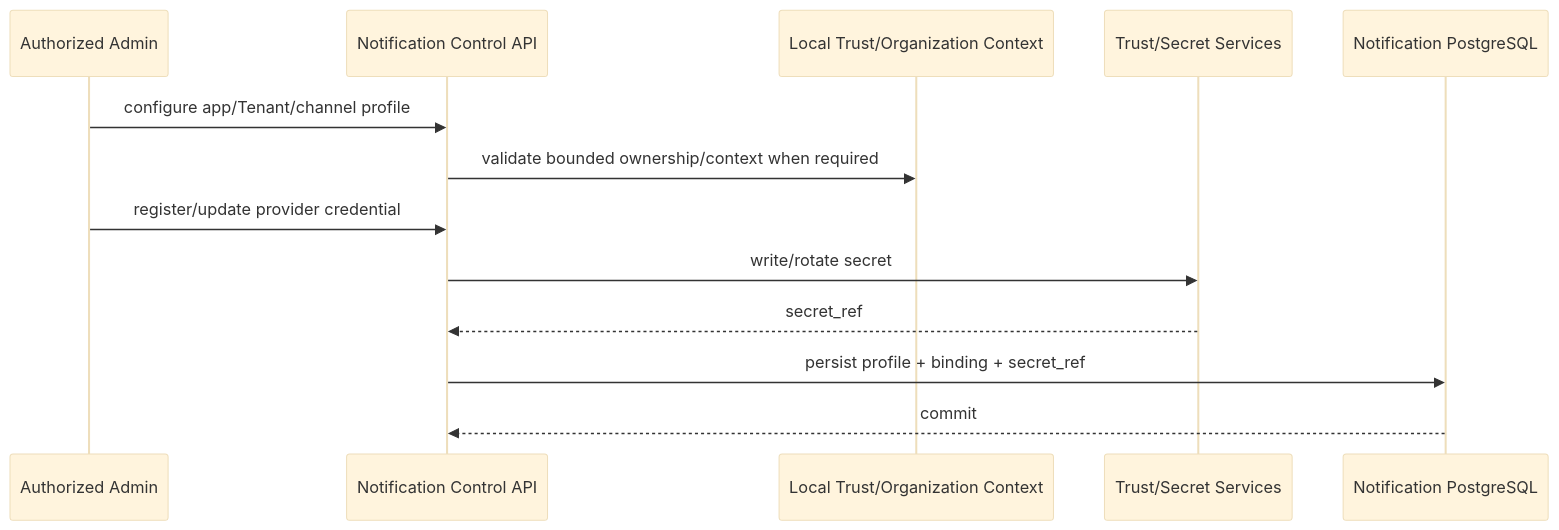
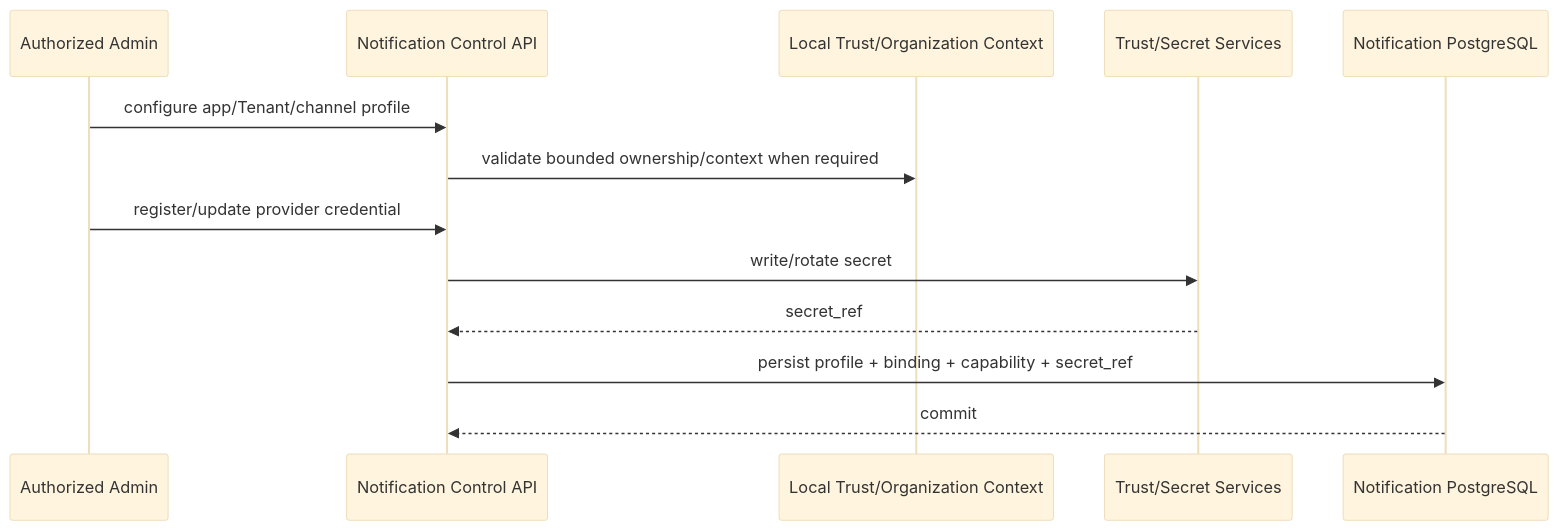
The sixth of 9 diagrams in 04-system/scnehaux-notification-platform/scnehaux-notification-platform.sad.md (anshacerbia2/scnehaux-architecture), drawn with Mermaid (base theme) before and after one commit. The commit also changed other lines of this file, not shown here.

````diff
--- a/04-system/scnehaux-notification-platform/scnehaux-notification-platform.sad.md
+++ b/04-system/scnehaux-notification-platform/scnehaux-notification-platform.sad.md
@@ -384,16 +391,16 @@
 ```mermaid
 sequenceDiagram
     participant U as Authorized Admin
     participant N as Notification Control API
     participant C as Local Trust/Organization Context
     participant T as Trust/Secret Services
     participant D as Notification PostgreSQL
 
     U->>N: configure app/Tenant/channel profile
     N->>C: validate bounded ownership/context when required
     U->>N: register/update provider credential
     N->>T: write/rotate secret
     T-->>N: secret_ref
-    N->>D: persist profile + binding + secret_ref
+    N->>D: persist profile + binding + capability + secret_ref
     D-->>N: commit
 ```
````
